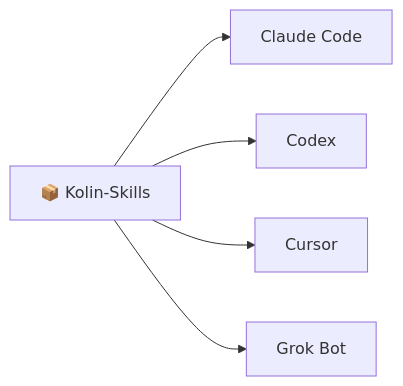
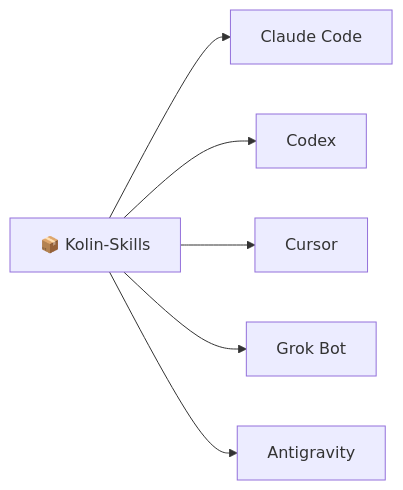
Before and after one commit to kolin-HJ/Kolin-Skills: the diagram in README.md, drawn with Mermaid. The commit also changed other lines of this file and 15 other files, not shown here.

````diff
--- a/README.md
+++ b/README.md
@@ -27,7 +28,8 @@
 ```mermaid
 flowchart LR
   repo["📦 Kolin-Skills"] --> cc["Claude Code"]
   repo --> cx["Codex"]
   repo --> cu["Cursor"]
   repo --> gk["Grok Bot"]
+  repo --> ag["Antigravity"]
 ```
````
